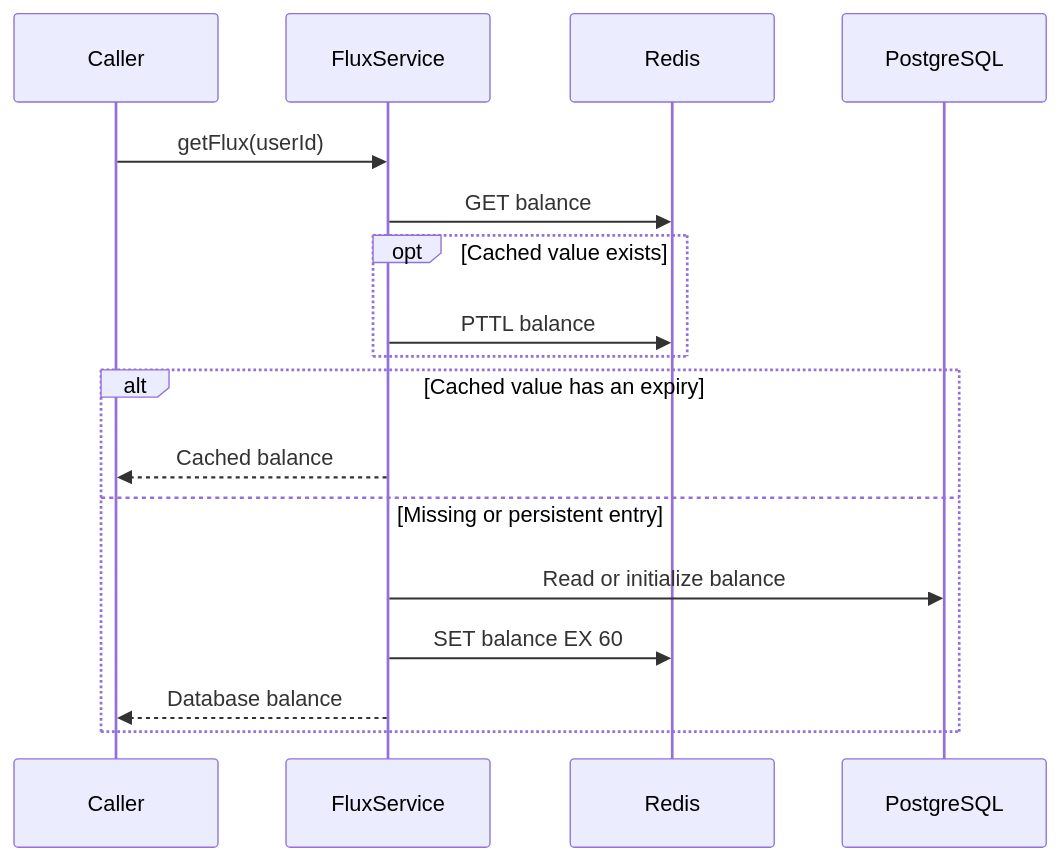
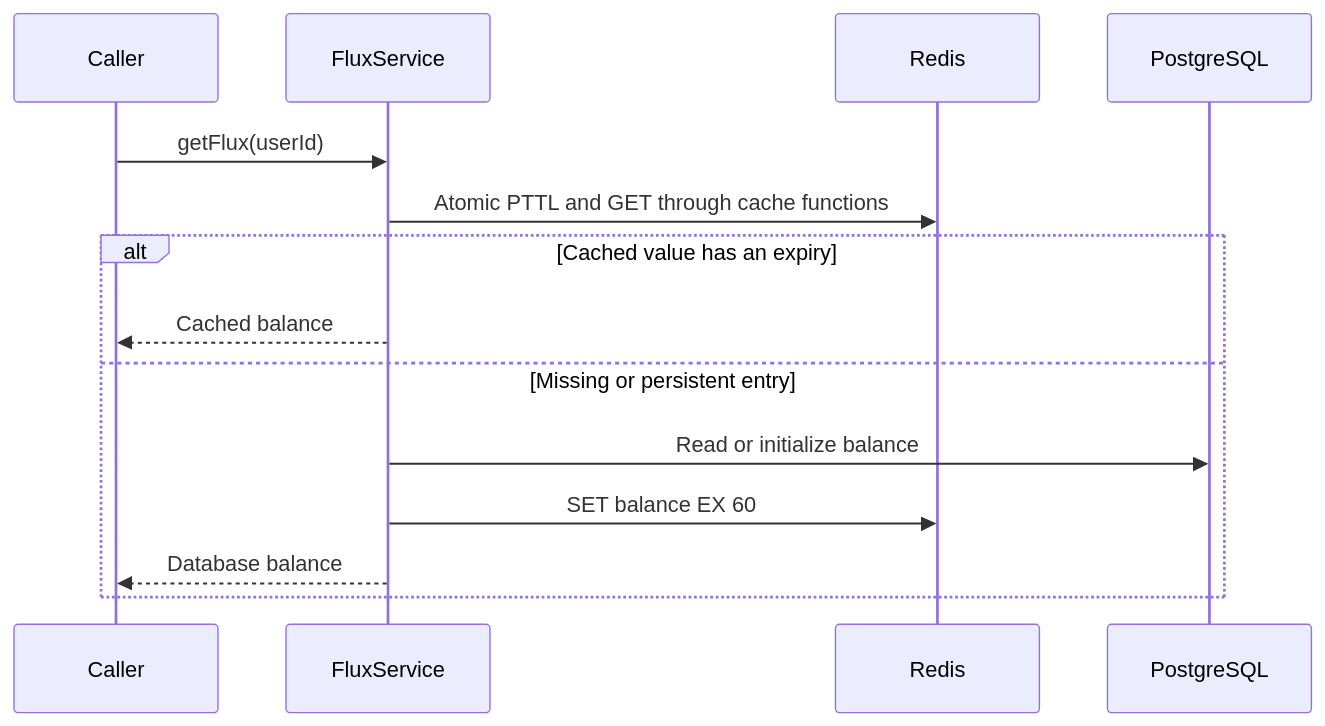
One commit to ZhuangRenyang/airi changed the second of 2 diagrams in server/docs/ai/adr/2026-09-17-flux-cache-ttl.md. Above: the diagram before and after it, drawn with Mermaid. The commit also changed other lines of this file and 14 other files, not shown here.

Commit message:
refactor(api-server): centralize Redis cache expiry policy (#2563)

````diff
--- a/server/docs/ai/adr/2026-09-17-flux-cache-ttl.md
+++ b/server/docs/ai/adr/2026-09-17-flux-cache-ttl.md
@@ -53,19 +68,16 @@
 ```mermaid
 sequenceDiagram
   participant Caller
   participant FluxService
   participant Redis
   participant PostgreSQL
   Caller->>FluxService: getFlux(userId)
-  FluxService->>Redis: GET balance
-  opt Cached value exists
-    FluxService->>Redis: PTTL balance
-  end
+  FluxService->>Redis: Atomic PTTL and GET through cache functions
   alt Cached value has an expiry
     FluxService-->>Caller: Cached balance
   else Missing or persistent entry
     FluxService->>PostgreSQL: Read or initialize balance
     FluxService->>Redis: SET balance EX 60
     FluxService-->>Caller: Database balance
   end
 ```
````
